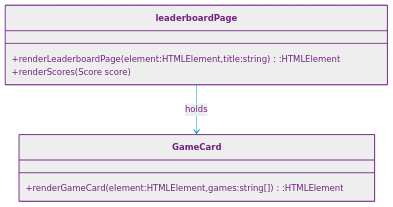
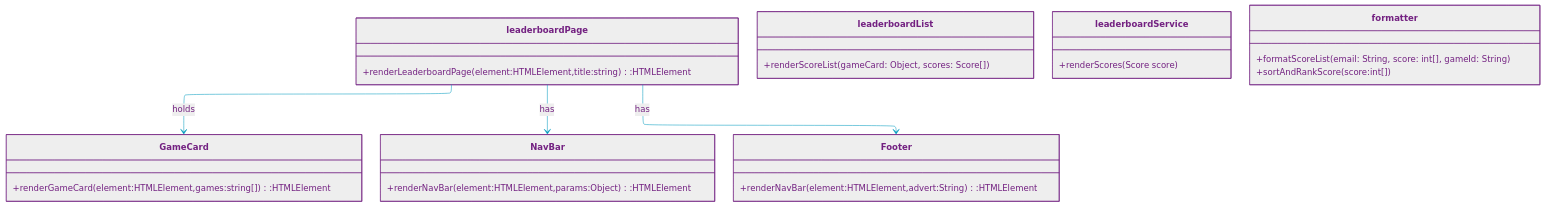
One commit to null-0ne/COSA-195-Gamehub changed the diagram in uml/leaderboards/icd.md. Above: the diagram before and after it, drawn with Mermaid. The commit also changed 2 other files, not shown here.

Commit message:
ICD, ERD, SEQ updated and reviewed Dustin/Preston

````diff
--- a/uml/leaderboards/icd.md
+++ b/uml/leaderboards/icd.md
@@ -1,23 +1,46 @@
 ```mermaid
 %%{init:{"securityLevel":"loose","layout":"elk","elk":{"nodePlacementStrategy":"NETWORK_SIMPLEX"},"theme":"base",
 "themeVariables":{"primaryColor":"#EEE","primaryTextColor":"#732181","primaryBorderColor":"#732181","lineColor":"#009ABE","noteBorderColor":"#732181","noteBkgColor":"#F38A00","activationBkgColor":"#F38A00"    }
 }}%%
 %%----------------------- MERMAID MARKUP BELOW --------------------%%
 classDiagram
 %%  direction LR
 
     
     class leaderboardPage{
         +renderLeaderboardPage(element:HTMLElement,title:string):HTMLElement
-        +renderScores(Score score)
+        
     }
     class GameCard {
         +renderGameCard(element:HTMLElement,games:string[]):HTMLElement
     }
 
+    class leaderboardList{
+        +renderScoreList(gameCard: Object, scores: Score[])
+    }
+
+    class leaderboardService{
+        +renderScores(Score score)
+    }
+
+    class formatter{
+        +formatScoreList(email: String, score: int[], gameId: String)
+        +sortAndRankScore(score:int[])
+    }
+
+    class NavBar {
+        +renderNavBar(element:HTMLElement,params:Object):HTMLElement
+    }
+
+    class Footer {
+        +renderNavBar(element:HTMLElement,advert:String):HTMLElement
+    }
+
     %% Relationships
     leaderboardPage --> GameCard : holds
+    leaderboardPage --> NavBar : has
+    leaderboardPage --> Footer : has
 
 
 %%----------------------- MERMAID MARKUP ABOVE --------------------%%
 ```
````
